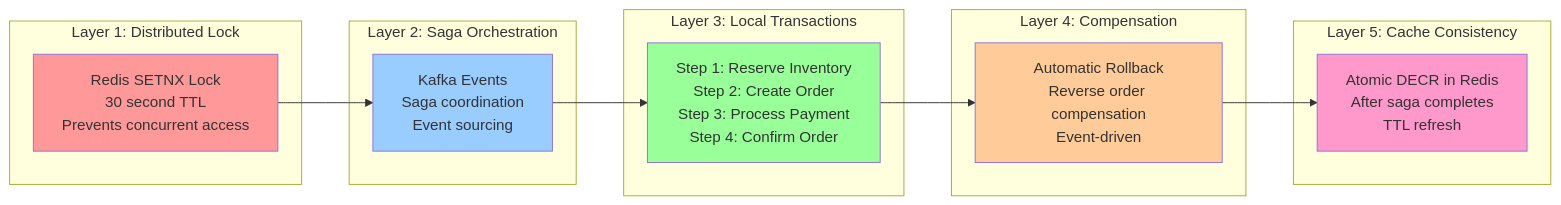
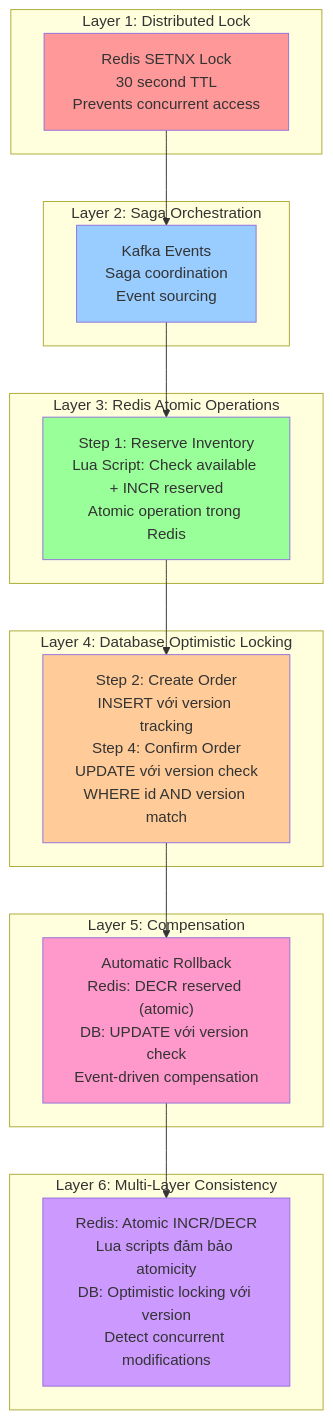
One commit to thailt/ecomerce changed the fourth of 10 diagrams in architecture-diagram.md. Above: the diagram before and after it, drawn with Mermaid. The commit also changed other lines of this file and 1 other file, not shown here.

Commit message:
Implement Saga pattern + kafka

````diff
--- a/architecture-diagram.md
+++ b/architecture-diagram.md
@@ -153,33 +150,39 @@
 ```mermaid
-graph LR
+graph TB
     subgraph "Layer 1: Distributed Lock"
         L1[Redis SETNX Lock<br/>30 second TTL<br/>Prevents concurrent access]
     end
     
     subgraph "Layer 2: Saga Orchestration"
         L2[Kafka Events<br/>Saga coordination<br/>Event sourcing]
     end
     
-    subgraph "Layer 3: Local Transactions"
-        L3[Step 1: Reserve Inventory<br/>Step 2: Create Order<br/>Step 3: Process Payment<br/>Step 4: Confirm Order]
+    subgraph "Layer 3: Redis Atomic Operations"
+        L3[Step 1: Reserve Inventory<br/>Lua Script: Check available + INCR reserved<br/>Atomic operation trong Redis]
     end
     
-    subgraph "Layer 4: Compensation"
-        L4[Automatic Rollback<br/>Reverse order compensation<br/>Event-driven]
+    subgraph "Layer 4: Database Optimistic Locking"
+        L4["Step 2: Create Order<br/>INSERT với version tracking<br/>Step 4: Confirm Order<br/>UPDATE với version check<br/>WHERE id AND version match"]
     end
     
-    subgraph "Layer 5: Cache Consistency"
-        L5[Atomic DECR in Redis<br/>After saga completes<br/>TTL refresh]
+    subgraph "Layer 5: Compensation"
+        L5["Automatic Rollback<br/>Redis: DECR reserved (atomic)<br/>DB: UPDATE với version check<br/>Event-driven compensation"]
+    end
+    
+    subgraph "Layer 6: Multi-Layer Consistency"
+        L6["Redis: Atomic INCR/DECR<br/>Lua scripts đảm bảo atomicity<br/>DB: Optimistic locking với version<br/>Detect concurrent modifications"]
     end
     
     L1 --> L2
     L2 --> L3
     L3 --> L4
     L4 --> L5
+    L5 --> L6
     
     style L1 fill:#ff9999
     style L2 fill:#99ccff
     style L3 fill:#99ff99
     style L4 fill:#ffcc99
     style L5 fill:#ff99cc
+    style L6 fill:#cc99ff
 ```
````
